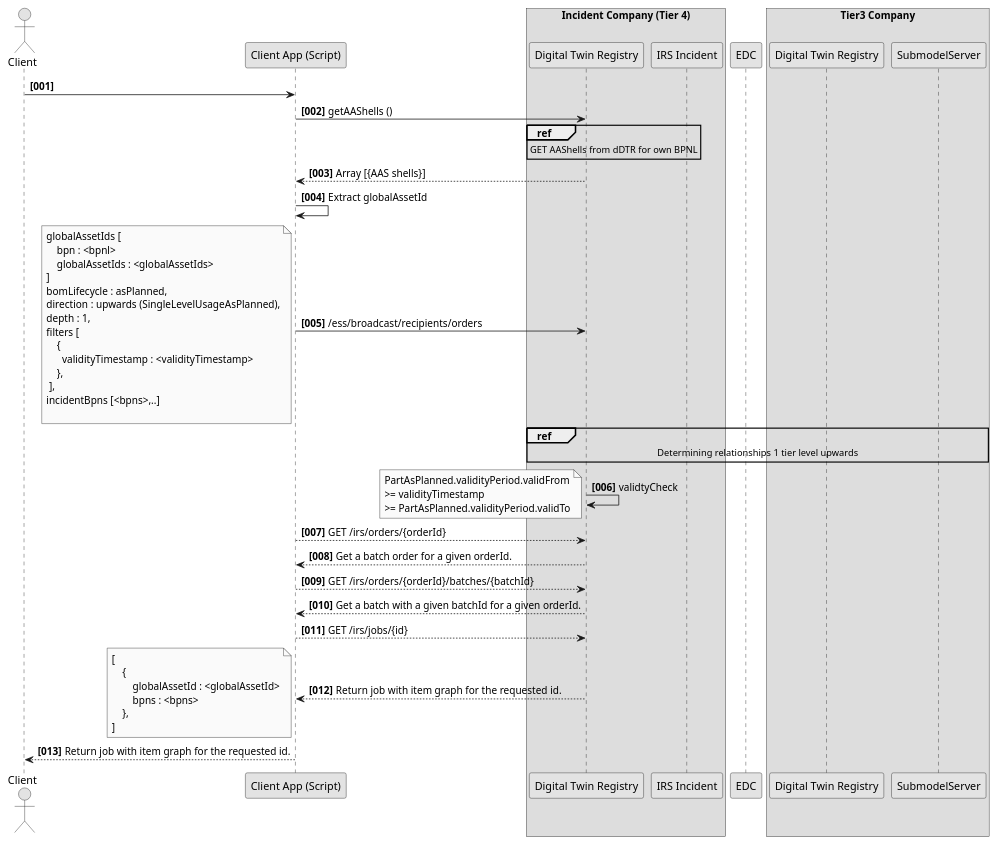
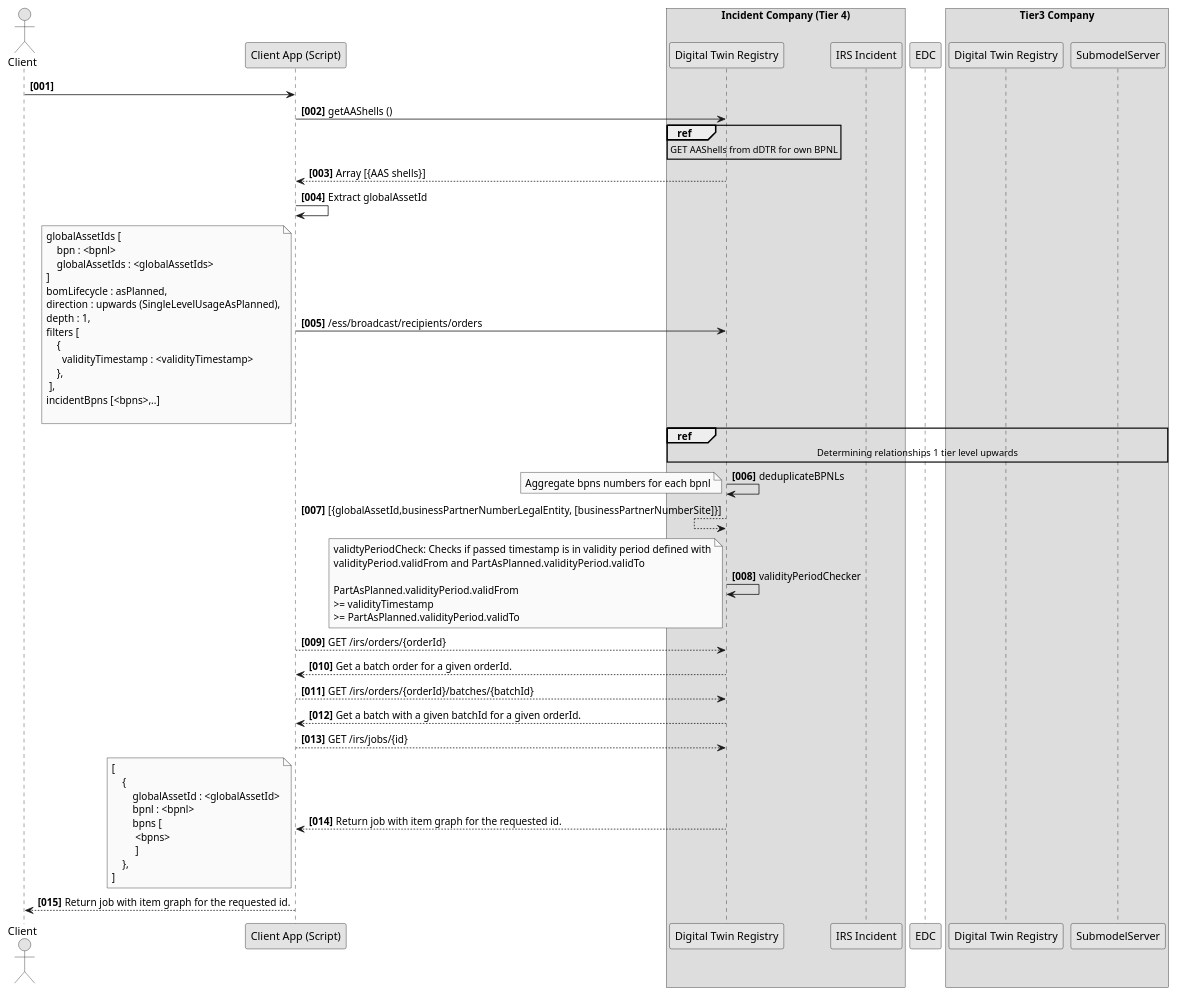
The diagram in docs/src/uml-diagrams/irs-recursive/ess-bottom-up/sequence/ess-bottim-up-sequence-highlevel.puml (eclipse-tractusx/item-relationship-service), drawn with PlantUML before and after one commit.

Commit message:
chore(diagram):[TRI-1417] add list of bpns

```diff
--- a/docs/src/uml-diagrams/irs-recursive/ess-bottom-up/sequence/ess-bottim-up-sequence-highlevel.puml
+++ b/docs/src/uml-diagrams/irs-recursive/ess-bottom-up/sequence/ess-bottim-up-sequence-highlevel.puml
@@ -1,80 +1,92 @@
 @startuml
 skinparam monochrome true
 skinparam shadowing false
 skinparam defaultFontName "Architects daughter"
 
 autonumber "<b>[000]"
 
 actor "Client" as User
 
 participant "Client App (Script)" as ClientApp
 
 box Incident Company (Tier 4)
 participant "Digital Twin Registry" as dDTR_Tier_N
 participant "IRS Incident" as IRS_Tier_N
 end box
 
 participant EDC
 
 box Tier3 Company
 participant "Digital Twin Registry" as dDTR_Tier_3
 participant "SubmodelServer" as SubmodelServer_Tier_3
 
 end box
 
 
 User -> ClientApp
 ClientApp -> dDTR_Tier_N : getAAShells ()
 ref over dDTR_Tier_N
     GET AAShells from dDTR for own BPNL
 end ref
 ClientApp <-- dDTR_Tier_N : Array [{AAS shells}]
 
 ClientApp -> ClientApp : Extract globalAssetId
 
 ClientApp -> dDTR_Tier_N : /ess/broadcast/recipients/orders
     note left
         globalAssetIds [
             bpn : <bpnl>
             globalAssetIds : <globalAssetIds>
         ]
         bomLifecycle : asPlanned,
         direction : upwards (SingleLevelUsageAsPlanned),
         depth : 1,
         filters [
             {
               validityTimestamp : <validityTimestamp>
             },
          ],
         incidentBpns [<bpns>,..]
 
     end note
 
     ref over dDTR_Tier_N, dDTR_Tier_3, SubmodelServer_Tier_3
         Determining relationships 1 tier level upwards
     end ref
 
-    dDTR_Tier_N -> dDTR_Tier_N : validtyCheck
+    dDTR_Tier_N -> dDTR_Tier_N : deduplicateBPNLs
     note left
+        Aggregate bpns numbers for each bpnl
+    end note
+    dDTR_Tier_N <-- dDTR_Tier_N : [{globalAssetId,businessPartnerNumberLegalEntity, [businessPartnerNumberSite]}]
+
+    dDTR_Tier_N -> dDTR_Tier_N : validityPeriodChecker
+    note left
+        validtyPeriodCheck: Checks if passed timestamp is in validity period defined with
+        validityPeriod.validFrom and  PartAsPlanned.validityPeriod.validTo
+
         PartAsPlanned.validityPeriod.validFrom
         >= validityTimestamp
         >= PartAsPlanned.validityPeriod.validTo
     end note
 
 
     ClientApp --> dDTR_Tier_N : GET /irs/orders/{orderId}
     ClientApp <-- dDTR_Tier_N : Get a batch order for a given orderId.
     ClientApp --> dDTR_Tier_N : GET /irs/orders/{orderId}/batches/{batchId}
     ClientApp <-- dDTR_Tier_N : Get a batch with a given batchId for a given orderId.
     ClientApp --> dDTR_Tier_N : GET /irs/jobs/{id}
     ClientApp <-- dDTR_Tier_N : Return job with item graph for the requested id.
     note left
         [
             {
                 globalAssetId : <globalAssetId>
-                bpns : <bpns>
+                bpnl : <bpnl>
+                bpns [
+                 <bpns>
+                 ]
             },
         ]
     end note
     User <-- ClientApp : Return job with item graph for the requested id.
 @enduml
```
